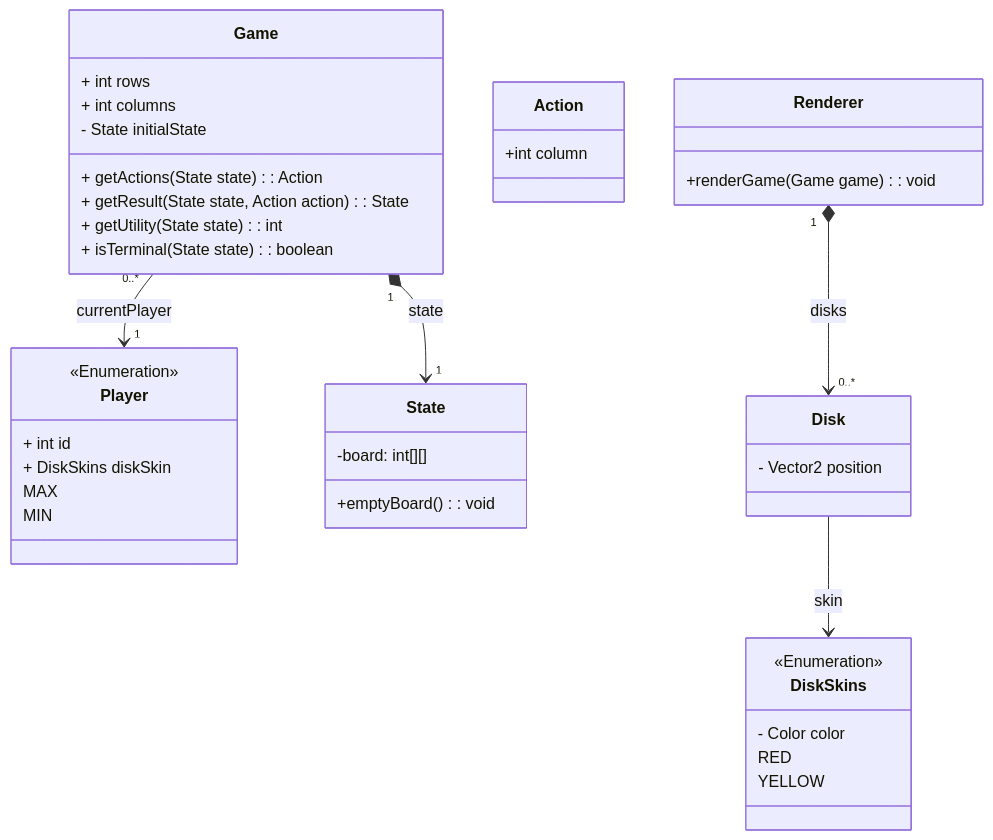
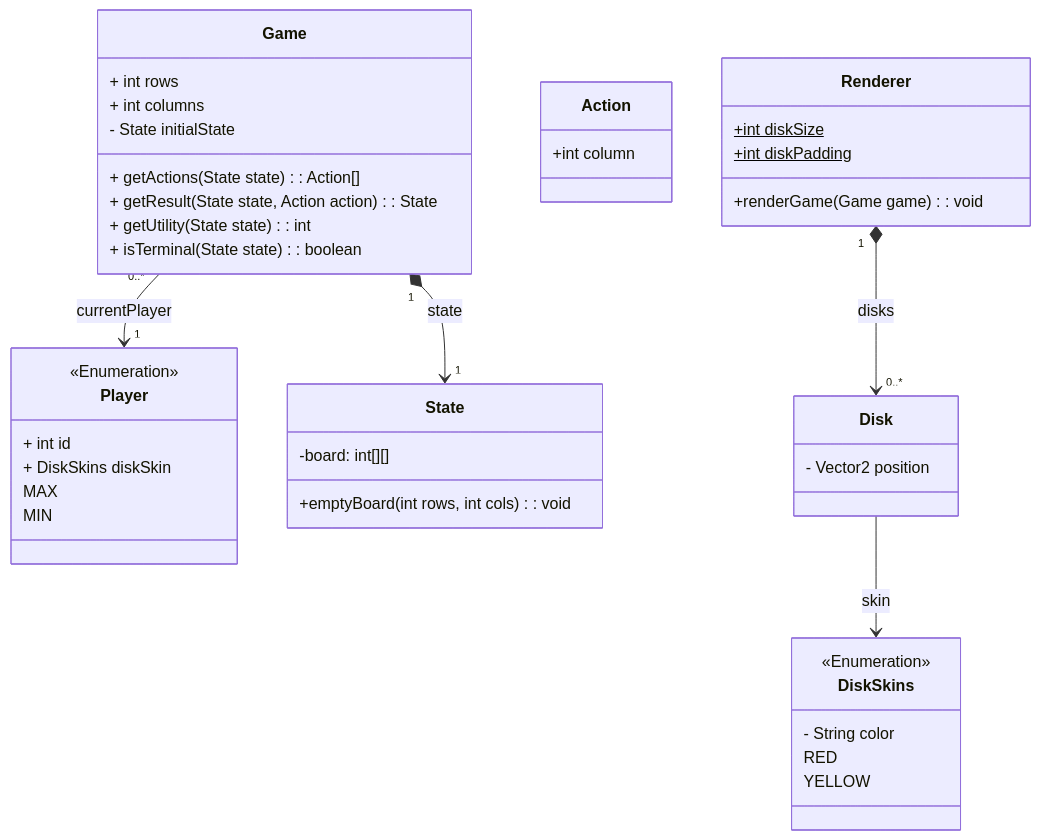
One commit to PaoloGinefra/MiniMaxConnect4 changed the diagram in README.md. Above: the diagram before and after it, drawn with Mermaid. The commit also changed 9 other files, not shown here.

````diff
--- a/README.md
+++ b/README.md
@@ -7,54 +7,56 @@
 ```mermaid
 classDiagram
 
 class Player{
     + int id
     + DiskSkins diskSkin
     <<Enumeration>>
     MAX
     MIN
 }
 
 class State{
     -board: int[][]
-    +emptyBoard() : void
+    +emptyBoard(int rows, int cols) : void
 
 }
 
 class Game{
     + int rows
     + int columns
     - State initialState
-    + getActions(State state) : Action
+    + getActions(State state) : Action[]
     + getResult(State state, Action action) : State
     + getUtility(State state) : int
     + isTerminal(State state) : boolean
 }
 
 class Action{
     +int column
 }
 
 class Renderer{
+    +int diskSize$
+    +int diskPadding$
     +renderGame(Game game) : void
 }
 
 Renderer "1" *--> "0..*" Disk : disks
 
 class Disk{
     - Vector2 position
 }
 
 class DiskSkins{
-    - Color color
+    - String color
     <<Enumeration>>
     RED
     YELLOW
 }
 
 Disk --> DiskSkins : skin
 
 Game "1" *--> "1" State : state
 Game "0..*" --> "1" Player : currentPlayer
 
 ```
````
